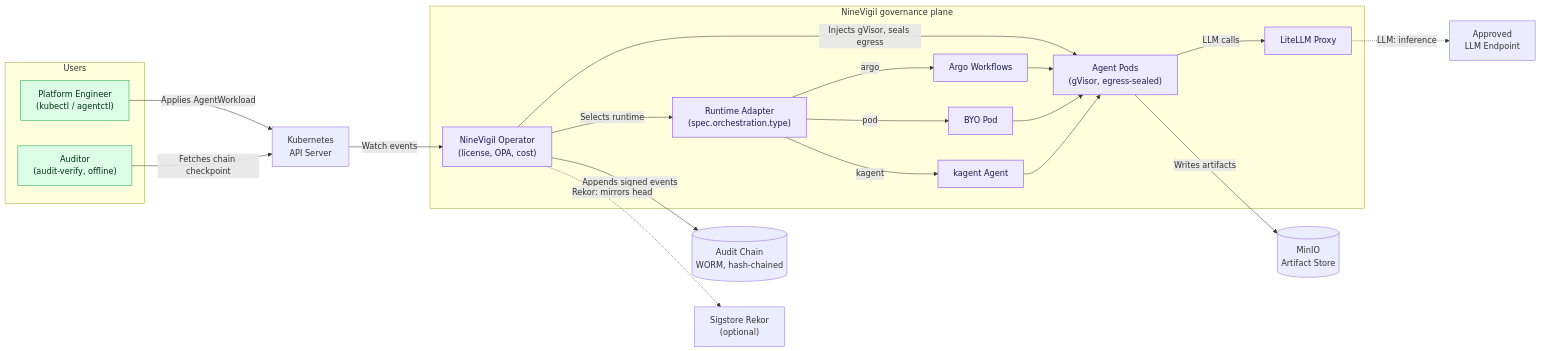
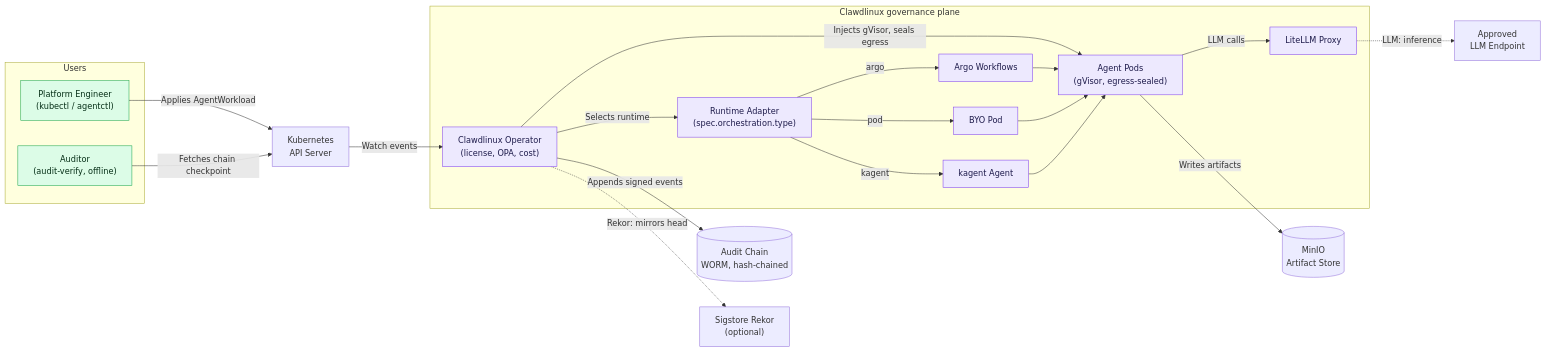
Before and after one commit to Clawdlinux/agentic-operator-core: the diagram in README.md, drawn with Mermaid. The commit also changed other lines of this file and 13 other files, not shown here.

First line of the commit message:
docs: rename product prose from NineVigil to Clawdlinux (#174)

````diff
--- a/README.md
+++ b/README.md
@@ -178,46 +178,46 @@
 ```mermaid
 flowchart LR
     subgraph clients["Users"]
         PE["Platform Engineer<br/>(kubectl / agentctl)"]
         AUD["Auditor<br/>(audit-verify, offline)"]
     end
 
     API["Kubernetes<br/>API Server"]
 
-    subgraph plane["NineVigil governance plane"]
-        OP["NineVigil Operator<br/>(license, OPA, cost)"]
+    subgraph plane["Clawdlinux governance plane"]
+        OP["Clawdlinux Operator<br/>(license, OPA, cost)"]
         RT["Runtime Adapter<br/>(spec.orchestration.type)"]
         ARGO["Argo Workflows"]
         POD["BYO Pod"]
         KAGENT["kagent Agent"]
         PODS["Agent Pods<br/>(gVisor, egress-sealed)"]
         PROXY["LiteLLM Proxy"]
     end
 
     LLMEP["Approved<br/>LLM Endpoint"]
     MINIO[("MinIO<br/>Artifact Store")]
     CHAIN[("Audit Chain<br/>WORM, hash-chained")]
     REKOR["Sigstore Rekor<br/>(optional)"]
 
     PE -->|Applies AgentWorkload| API
     AUD -->|Fetches chain checkpoint| API
     API -->|Watch events| OP
     OP -->|Selects runtime| RT
     RT -->|argo| ARGO
     RT -->|pod| POD
     RT -->|kagent| KAGENT
     OP -->|Injects gVisor, seals egress| PODS
     ARGO --> PODS
     POD --> PODS
     KAGENT --> PODS
     PODS -->|LLM calls| PROXY
     PROXY -.->|LLM: inference| LLMEP
     PODS -->|Writes artifacts| MINIO
     OP -->|Appends signed events| CHAIN
     OP -.->|Rekor: mirrors head| REKOR
 
     classDef plane fill:#ede9fe,stroke:#7c3aed,color:#1e1b4b;
     classDef clients fill:#dcfce7,stroke:#16a34a,color:#052e16;
     class OP,RT,ARGO,POD,KAGENT,PODS,PROXY plane;
     class PE,AUD clients;
 ```
````
